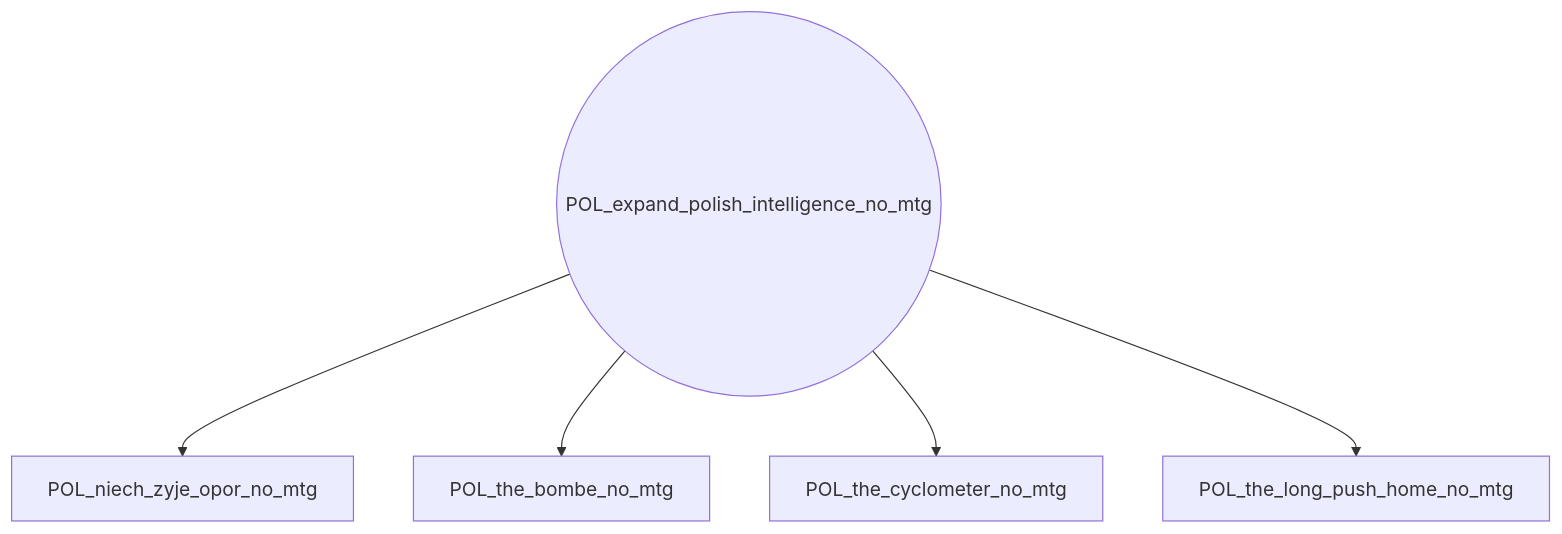
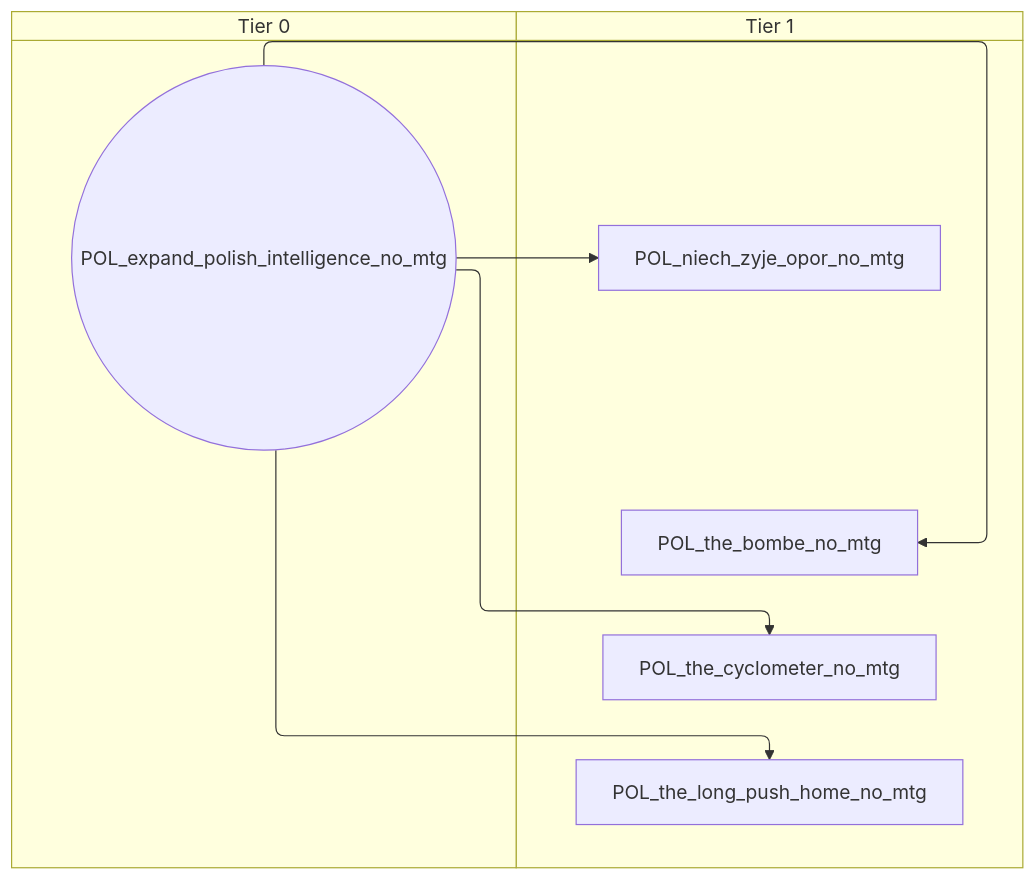
The fifth of 12 diagrams in docs/gdd/National Focuses/poland.md (evgeny-sobol/hoi4-sandbox-mode), drawn with Mermaid before and after one commit. The commit also changed other lines of this file and 80 other files, not shown here.

First line of the commit message:
Add swimlane mode to focus graph exporter

````diff
--- a/docs/gdd/National Focuses/poland.md
+++ b/docs/gdd/National Focuses/poland.md
@@ -409,12 +479,16 @@
 ```mermaid
-flowchart TD
-    n133(("POL_expand_polish_intelligence_no_mtg"))
-    n134["POL_niech_zyje_opor_no_mtg"]
-    n135["POL_the_bombe_no_mtg"]
-    n136["POL_the_cyclometer_no_mtg"]
-    n137["POL_the_long_push_home_no_mtg"]
+swimlane-beta TD
+    subgraph tier_0["Tier 0"]
+        n133(("POL_expand_polish_intelligence_no_mtg"))
+    end
+    subgraph tier_1["Tier 1"]
+        n134["POL_niech_zyje_opor_no_mtg"]
+        n135["POL_the_bombe_no_mtg"]
+        n136["POL_the_cyclometer_no_mtg"]
+        n137["POL_the_long_push_home_no_mtg"]
+    end
     n133 --> n134
     n133 --> n135
     n133 --> n136
     n133 --> n137
 ```
````
